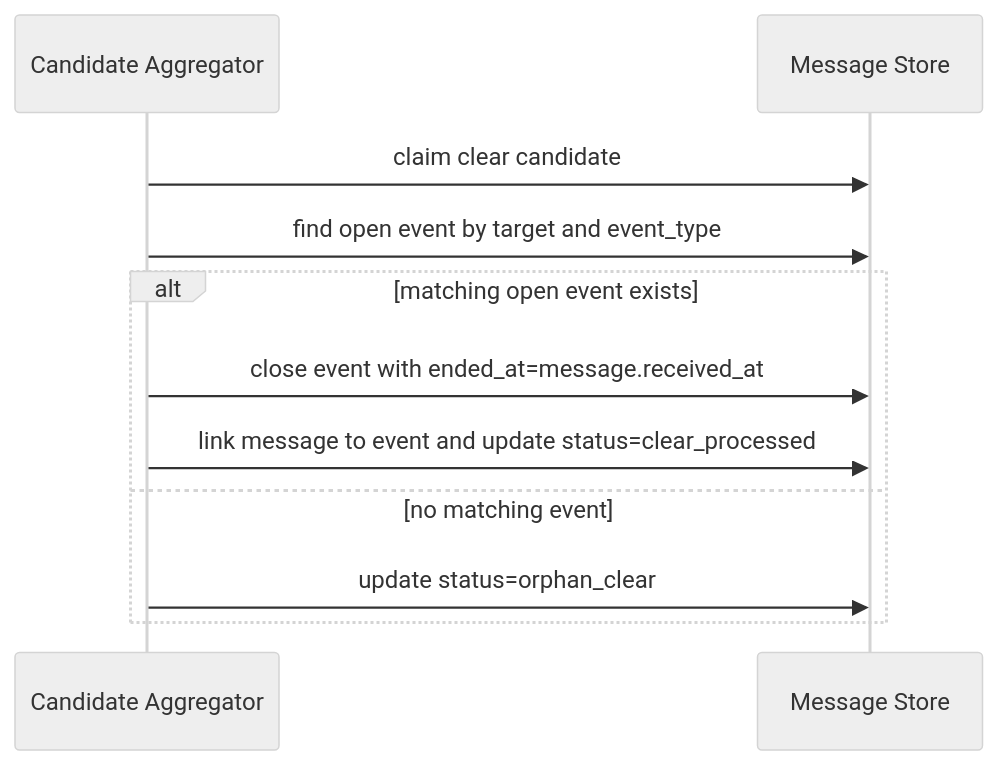
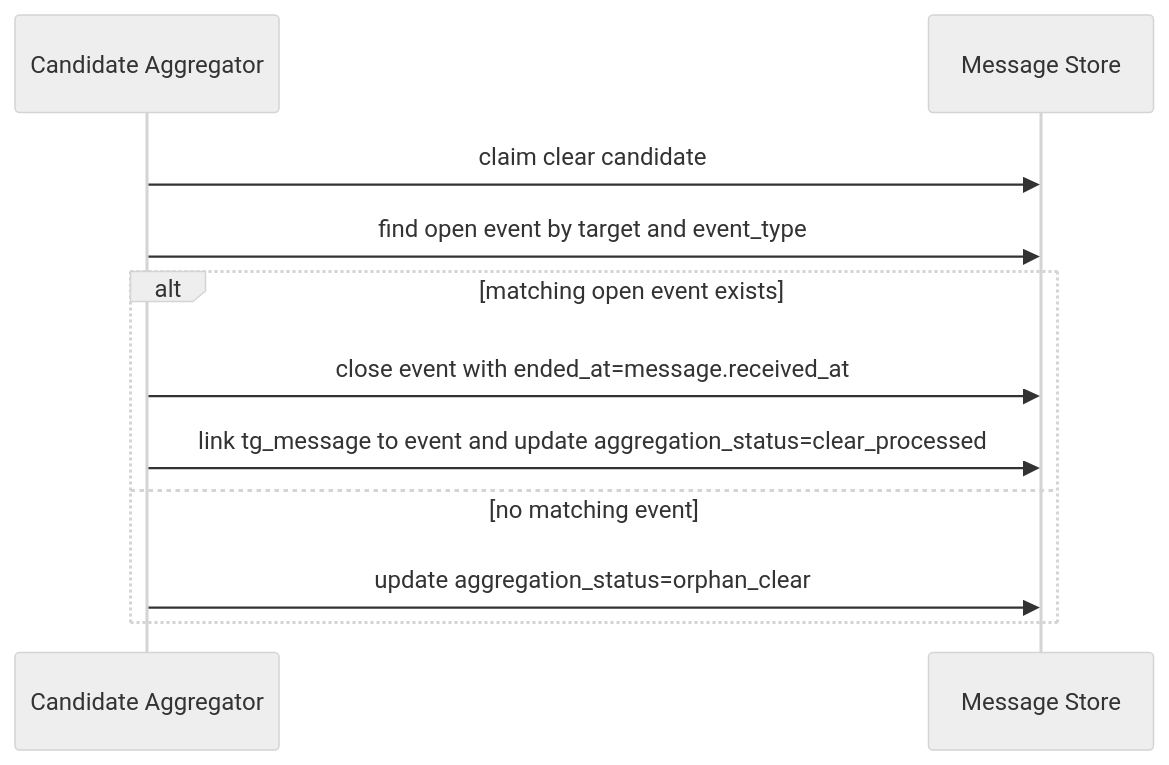
Before and after one commit to Volodymyt/Telegram-ggregator: the seventh of 9 diagrams in docs/project/architecture-spec.md, drawn with Mermaid (neutral theme). The commit also changed other lines of this file and 41 other files, not shown here.

````diff
--- a/docs/project/architecture-spec.md
+++ b/docs/project/architecture-spec.md
@@ -412,14 +426,14 @@
 ```mermaid
 sequenceDiagram
     participant Agg as Candidate Aggregator
     participant Store as Message Store
 
     Agg->>Store: claim clear candidate
     Agg->>Store: find open event by target and event_type
     alt matching open event exists
         Agg->>Store: close event with ended_at=message.received_at
-        Agg->>Store: link message to event and update status=clear_processed
+        Agg->>Store: link tg_message to event and update aggregation_status=clear_processed
     else no matching event
-        Agg->>Store: update status=orphan_clear
+        Agg->>Store: update aggregation_status=orphan_clear
     end
 ```
````
